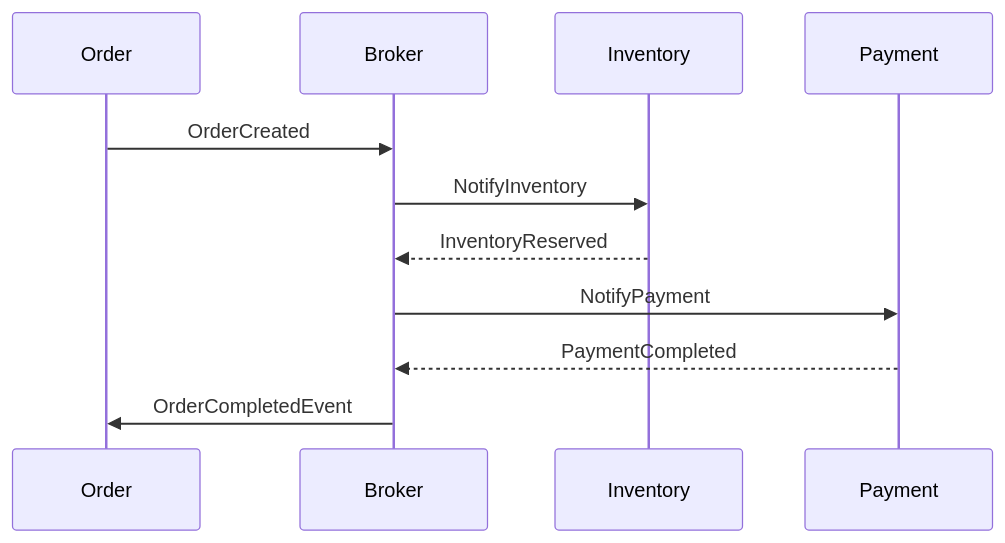
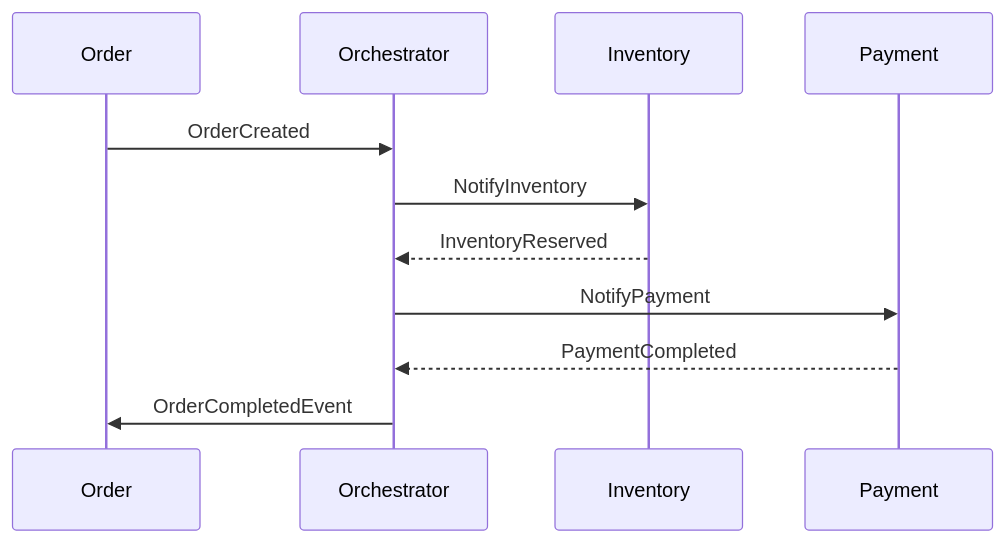
Before and after one commit to nbicocchi/learn-microservices: the third of 3 diagrams in modules/communication-async/slides/1 - Async communication.md, drawn with Mermaid. The commit also changed other lines of this file and 5 other files, not shown here.

````diff
--- a/modules/communication-async/slides/1 - Async communication.md
+++ b/modules/communication-async/slides/1 - Async communication.md
@@ -344,9 +182,9 @@
 ```mermaid
 sequenceDiagram
-    Order ->> Broker: OrderCreated
-    Broker ->> Inventory: NotifyInventory
-    Inventory -->> Broker: InventoryReserved
-    Broker ->> Payment: NotifyPayment
-    Payment -->> Broker: PaymentCompleted
-    Broker ->> Order: OrderCompletedEvent
+    Order ->> Orchestrator: OrderCreated
+    Orchestrator ->> Inventory: NotifyInventory
+    Inventory -->> Orchestrator: InventoryReserved
+    Orchestrator ->> Payment: NotifyPayment
+    Payment -->> Orchestrator: PaymentCompleted
+    Orchestrator ->> Order: OrderCompletedEvent
 ```
````
